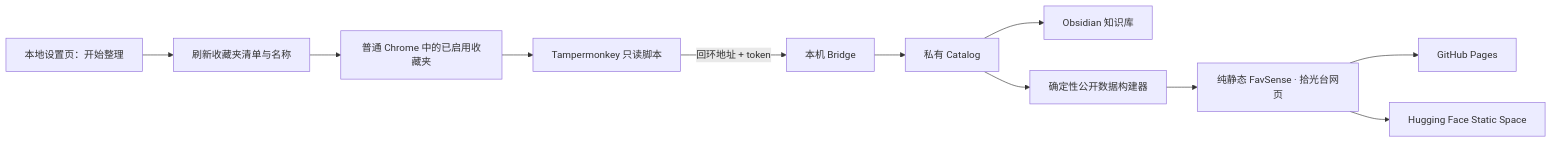
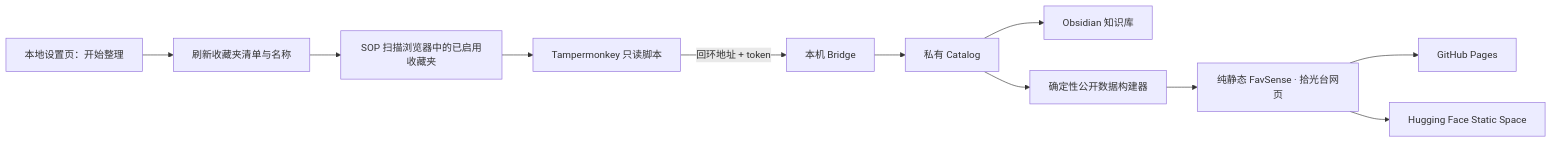
The diagram in docs/ARCHITECTURE.md (rowland-dot/favsense), drawn with Mermaid before and after one commit. The commit also changed other lines of this file and 89 other files, not shown here.

````diff
--- a/docs/ARCHITECTURE.md
+++ b/docs/ARCHITECTURE.md
@@ -5,13 +5,13 @@
 ```mermaid
 flowchart LR
   CLICK["本地设置页：开始整理"] --> PROFILE["刷新收藏夹清单与名称"]
-  PROFILE --> XHS["普通 Chrome 中的已启用收藏夹"]
+  PROFILE --> XHS["SOP 扫描浏览器中的已启用收藏夹"]
   XHS --> TM["Tampermonkey 只读脚本"]
   TM -->|"回环地址 + token"| BRIDGE["本机 Bridge"]
   BRIDGE --> CATALOG["私有 Catalog"]
   CATALOG --> KB["Obsidian 知识库"]
   CATALOG --> BUILD["确定性公开数据构建器"]
   BUILD --> SITE["纯静态 FavSense · 拾光台网页"]
   SITE --> GH["GitHub Pages"]
   SITE --> HF["Hugging Face Static Space"]
 ```
````
